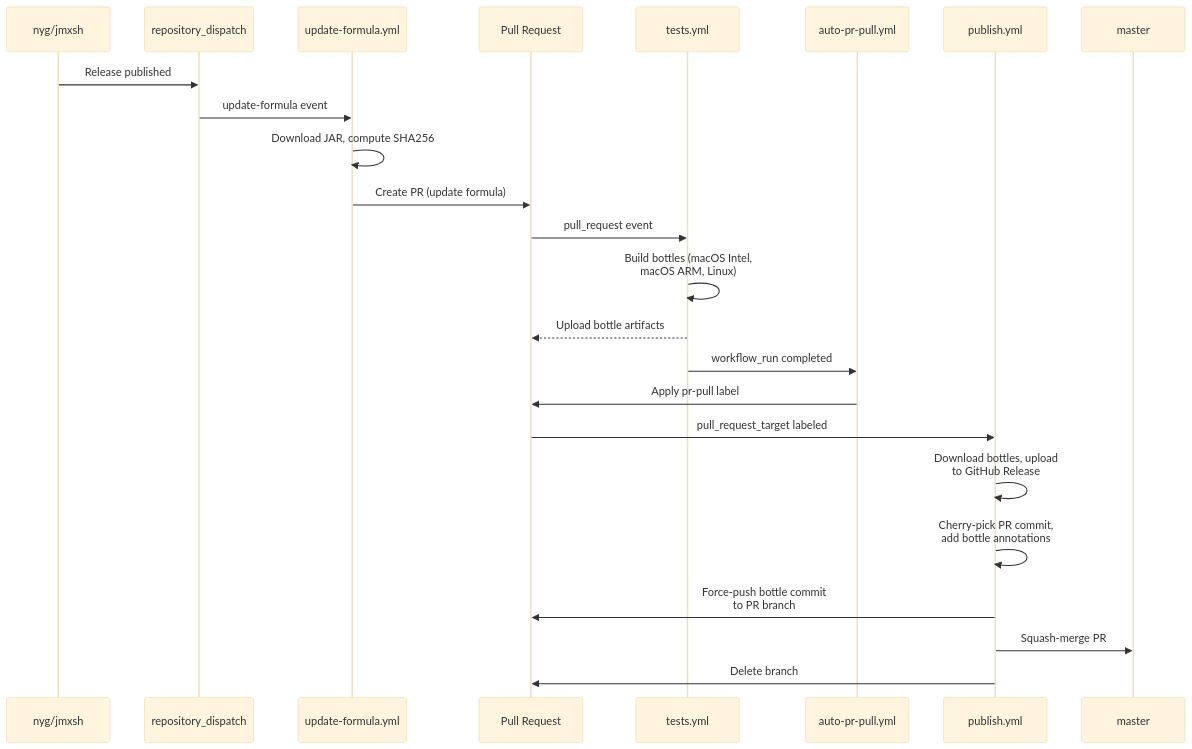
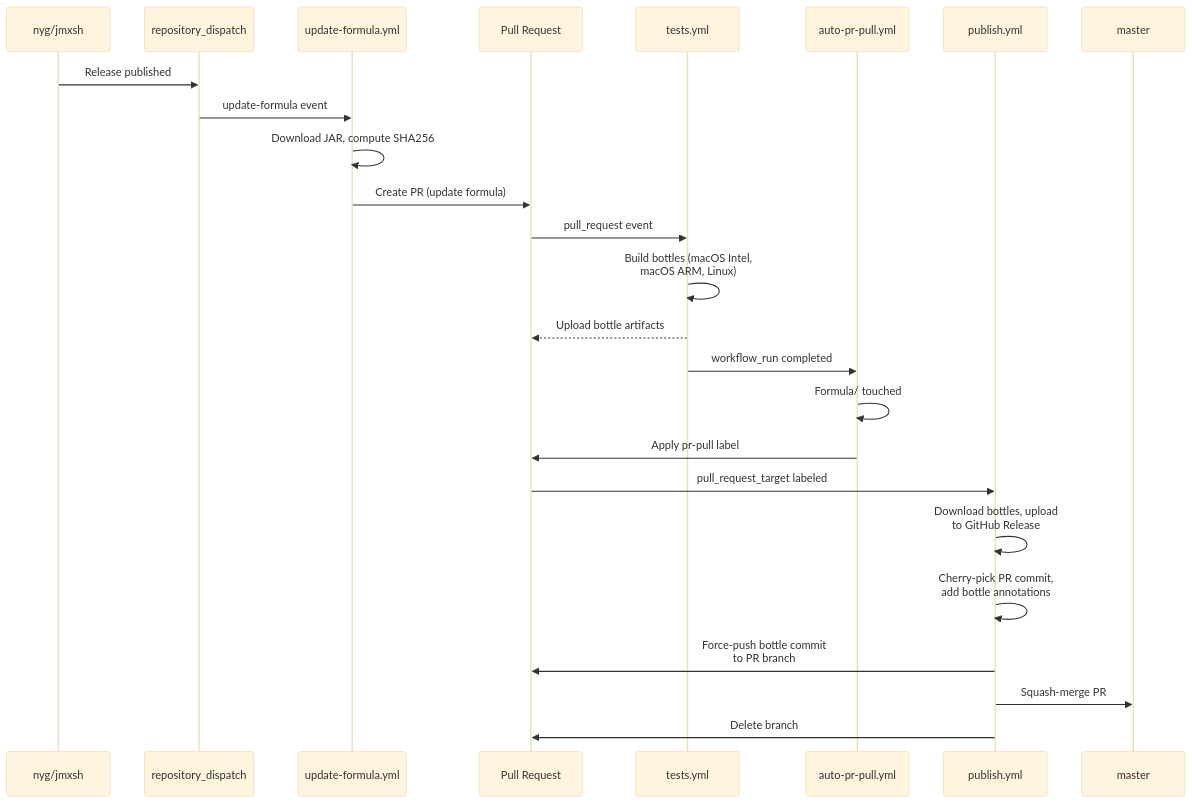
The first of 2 diagrams in docs/automated-updates.md (nyg/homebrew-tap), drawn with Mermaid (base theme) before and after one commit. The commit also changed other lines of this file, not shown here.

````diff
--- a/docs/automated-updates.md
+++ b/docs/automated-updates.md
@@ -11,27 +33,28 @@
 ```mermaid
 sequenceDiagram
     participant U as nyg/jmxsh
     participant D as repository_dispatch
     participant UF as update-formula.yml
     participant PR as Pull Request
     participant TB as tests.yml
     participant AL as auto-pr-pull.yml
     participant PB as publish.yml
     participant M as master
 
     U->>D: Release published
     D->>UF: update-formula event
     UF->>UF: Download JAR, compute SHA256
     UF->>PR: Create PR (update formula)
     PR->>TB: pull_request event
     TB->>TB: Build bottles (macOS Intel,<br/>macOS ARM, Linux)
     TB-->>PR: Upload bottle artifacts
     TB->>AL: workflow_run completed
+    AL->>AL: Formula/ touched
     AL->>PR: Apply pr-pull label
     PR->>PB: pull_request_target labeled
     PB->>PB: Download bottles, upload<br/>to GitHub Release
     PB->>PB: Cherry-pick PR commit,<br/>add bottle annotations
     PB->>PR: Force-push bottle commit<br/>to PR branch
     PB->>M: Squash-merge PR
     PB->>PR: Delete branch
 ```
````
